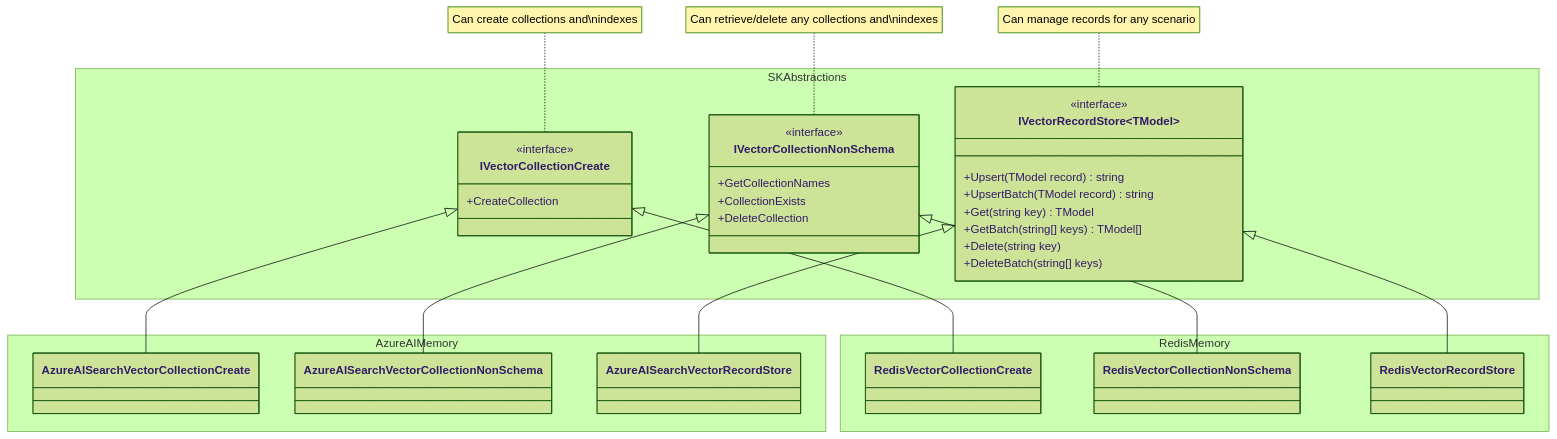
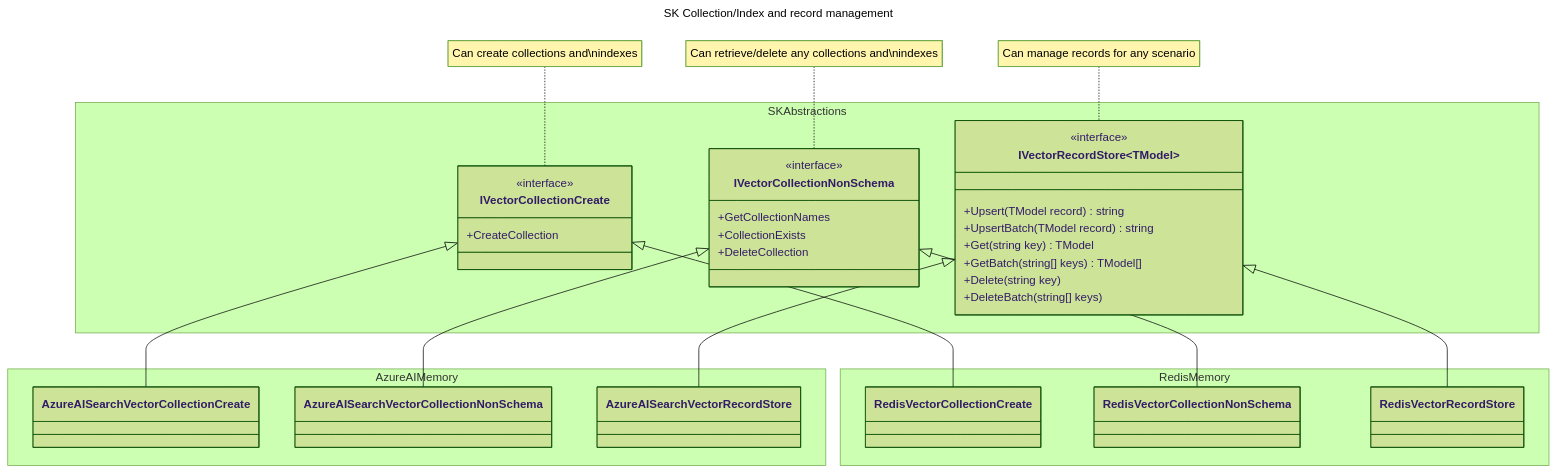
The first of 2 diagrams in docs/0050-updated-vector-store-design.md (xuhaodev/sk-docs-app), drawn with Mermaid (forest theme) before and after one commit. The commit also changed other lines of this file and 79 other files, not shown here.

````diff
--- a/docs/0050-updated-vector-store-design.md
+++ b/docs/0050-updated-vector-store-design.md
@@ -82,60 +91,63 @@
 ```mermaid
+---
+title: SK Collection/Index and record management
+---
 classDiagram
     note for IVectorRecordStore "Can manage records for any scenario"
     note for IVectorCollectionCreate "Can create collections and\nindexes"
     note for IVectorCollectionNonSchema "Can retrieve/delete any collections and\nindexes"
 
     namespace SKAbstractions{
         class IVectorCollectionCreate{
             <<interface>>
             +CreateCollection
         }
 
         class IVectorCollectionNonSchema{
             <<interface>>
             +GetCollectionNames
             +CollectionExists
             +DeleteCollection
         }
 
         class IVectorRecordStore~TModel~{
             <<interface>>
             +Upsert(TModel record) string
             +UpsertBatch(TModel record) string
             +Get(string key) TModel
             +GetBatch(string[] keys) TModel[]
             +Delete(string key)
             +DeleteBatch(string[] keys)
         }
     }
 
     namespace AzureAIMemory{
         class AzureAISearchVectorCollectionCreate{
         }
 
         class AzureAISearchVectorCollectionNonSchema{
         }
 
         class AzureAISearchVectorRecordStore{
         }
     }
 
     namespace RedisMemory{
         class RedisVectorCollectionCreate{
         }
 
         class RedisVectorCollectionNonSchema{
         }
 
         class RedisVectorRecordStore{
         }
     }
 
     IVectorCollectionCreate <|-- AzureAISearchVectorCollectionCreate
     IVectorCollectionNonSchema <|-- AzureAISearchVectorCollectionNonSchema
     IVectorRecordStore <|-- AzureAISearchVectorRecordStore
 
     IVectorCollectionCreate <|-- RedisVectorCollectionCreate
     IVectorCollectionNonSchema <|-- RedisVectorCollectionNonSchema
     IVectorRecordStore <|-- RedisVectorRecordStore
 ```
````
